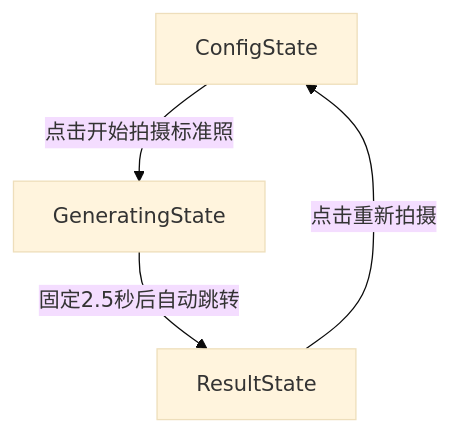
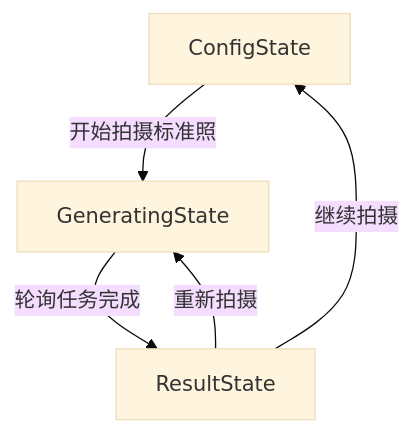
The diagram in docs/frontend/material/photo-task-standard-shot.md (Jerry-Kung/AetherFrame), drawn with Mermaid (base theme) before and after one commit. The commit also changed other lines of this file and 1 other file, not shown here.

Commit message:
增加“继续拍摄”功能

````diff
--- a/docs/frontend/material/photo-task-standard-shot.md
+++ b/docs/frontend/material/photo-task-standard-shot.md
@@ -43,6 +43,7 @@
 ```mermaid
 flowchart TD
-    configPage[ConfigState] -->|"点击开始拍摄标准照"| generatingPage[GeneratingState]
-    generatingPage -->|"固定2.5秒后自动跳转"| resultPage[ResultState]
-    resultPage -->|"点击重新拍摄"| configPage
+    configPage[ConfigState] -->|"开始拍摄标准照"| generatingPage[GeneratingState]
+    generatingPage -->|"轮询任务完成"| resultPage[ResultState]
+    resultPage -->|"继续拍摄"| configPage
+    resultPage -->|"重新拍摄"| generatingPage
 ```
````
